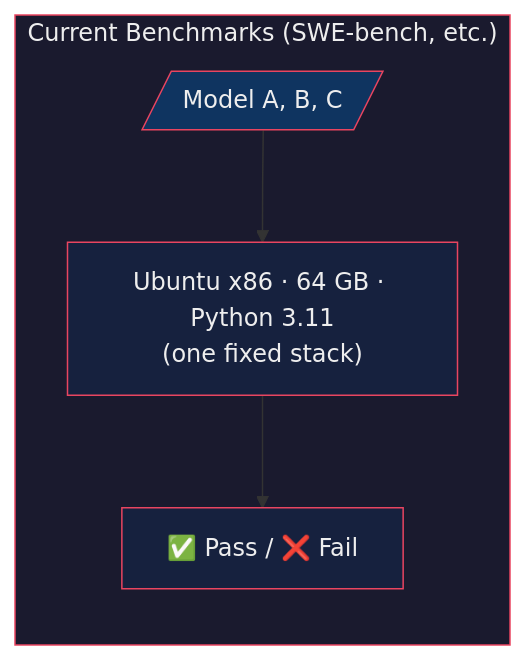
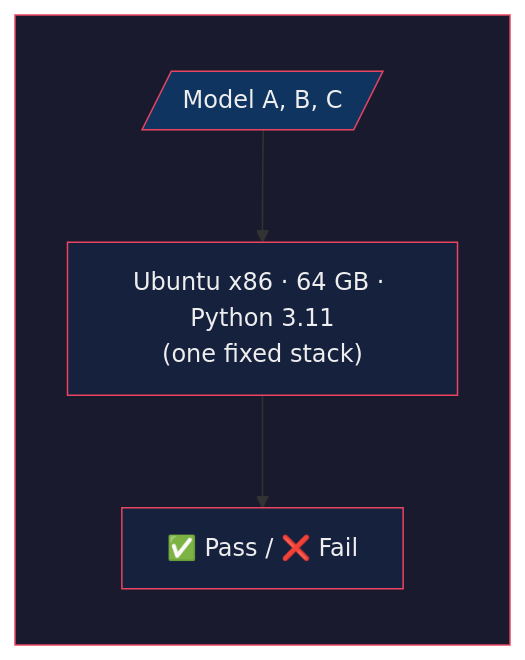
Before and after one commit to realityinspector/stack-eval: the first of 4 diagrams in README.md, drawn with Mermaid. The commit also changed other lines of this file, not shown here.

First line of the commit message:
Revise README for StackEval v0.5 updates

````diff
--- a/README.md
+++ b/README.md
@@ -90,15 +21,15 @@
 ```mermaid
-flowchart LR
-    subgraph CURRENT["Current Benchmarks (SWE-bench, etc.)"]
+flowchart TB
+    subgraph bench [" "]
         direction TB
         M[/"Model A, B, C"/]
-        S["Ubuntu x86 · 64 GB · Python 3.11\n(one fixed stack)"]
+        S["Ubuntu x86 · 64 GB · Python 3.11<br/>(one fixed stack)"]
         R["✅ Pass / ❌ Fail"]
         M --> S --> R
     end
 
-    style CURRENT fill:#1a1a2e,stroke:#e94560,color:#eee
+    style bench fill:#1a1a2e,stroke:#e94560,color:#eee
     style M fill:#0f3460,stroke:#e94560,color:#eee
     style S fill:#16213e,stroke:#e94560,color:#eee
     style R fill:#16213e,stroke:#e94560,color:#eee
 ```
````
